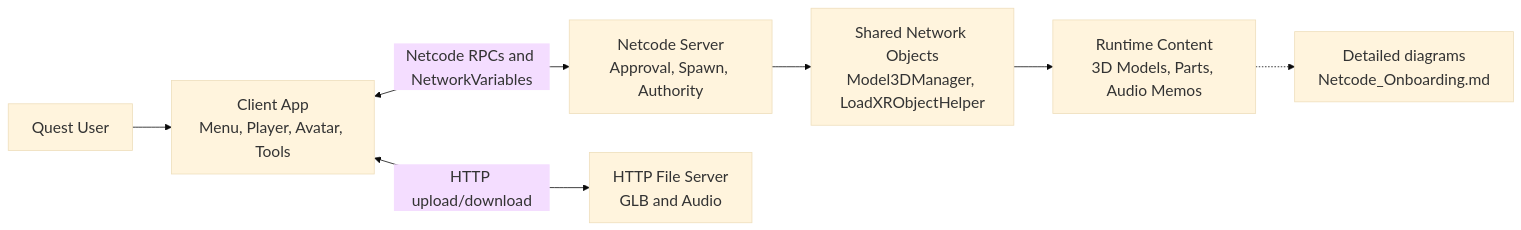
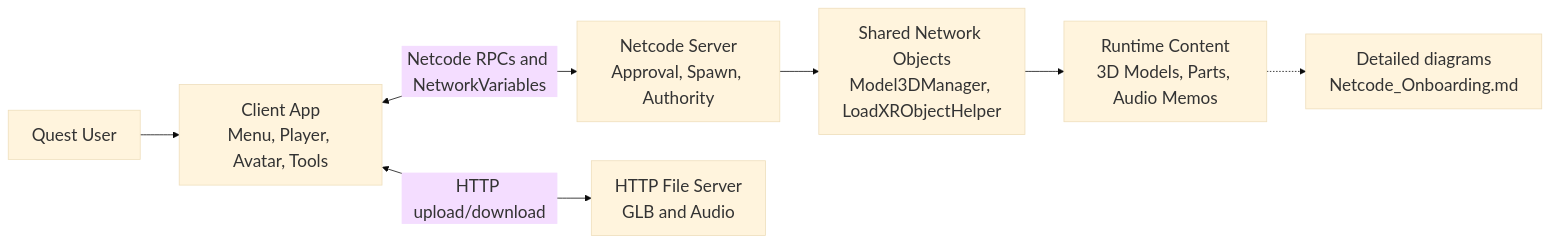
The first of 7 diagrams in README.md (tamntmirabo/Test_Mermaid), drawn with Mermaid before and after one commit.

````diff
--- a/README.md
+++ b/README.md
@@ -14,10 +14,10 @@
 ```mermaid
-%%{init: {"theme": "base", "themeVariables": {"fontSize": "20px"}, "sequence": {"actorFontSize": 20, "messageFontSize": 20, "noteFontSize": 20}, "themeCSS": "text, tspan, .nodeLabel, .edgeLabel, .actor, .messageText, .labelText, .loopText, .noteText { font-size: 20px !important; }"}}%%
+%%{init: {"theme": "base", "themeVariables": {"fontSize": "22px"}, "sequence": {"actorFontSize": 22, "messageFontSize": 22, "noteFontSize": 22}, "themeCSS": "text, tspan, .nodeLabel, .edgeLabel, .actor, .messageText, .labelText, .loopText, .noteText { font-size: 22px !important; }"}}%%
 flowchart LR
     User["Quest User"] --> Client["Client App<br/>Menu, Player, Avatar, Tools"]
     Client <-->|"Netcode RPCs and NetworkVariables"| Server["Netcode Server<br/>Approval, Spawn, Authority"]
     Server --> Shared["Shared Network Objects<br/>Model3DManager, LoadXRObjectHelper"]
     Client <-->|"HTTP upload/download"| Files["HTTP File Server<br/>GLB and Audio"]
     Shared --> Content["Runtime Content<br/>3D Models, Parts, Audio Memos"]
     Content -.-> Detail["Detailed diagrams<br/>Netcode_Onboarding.md"]
 ```
````
